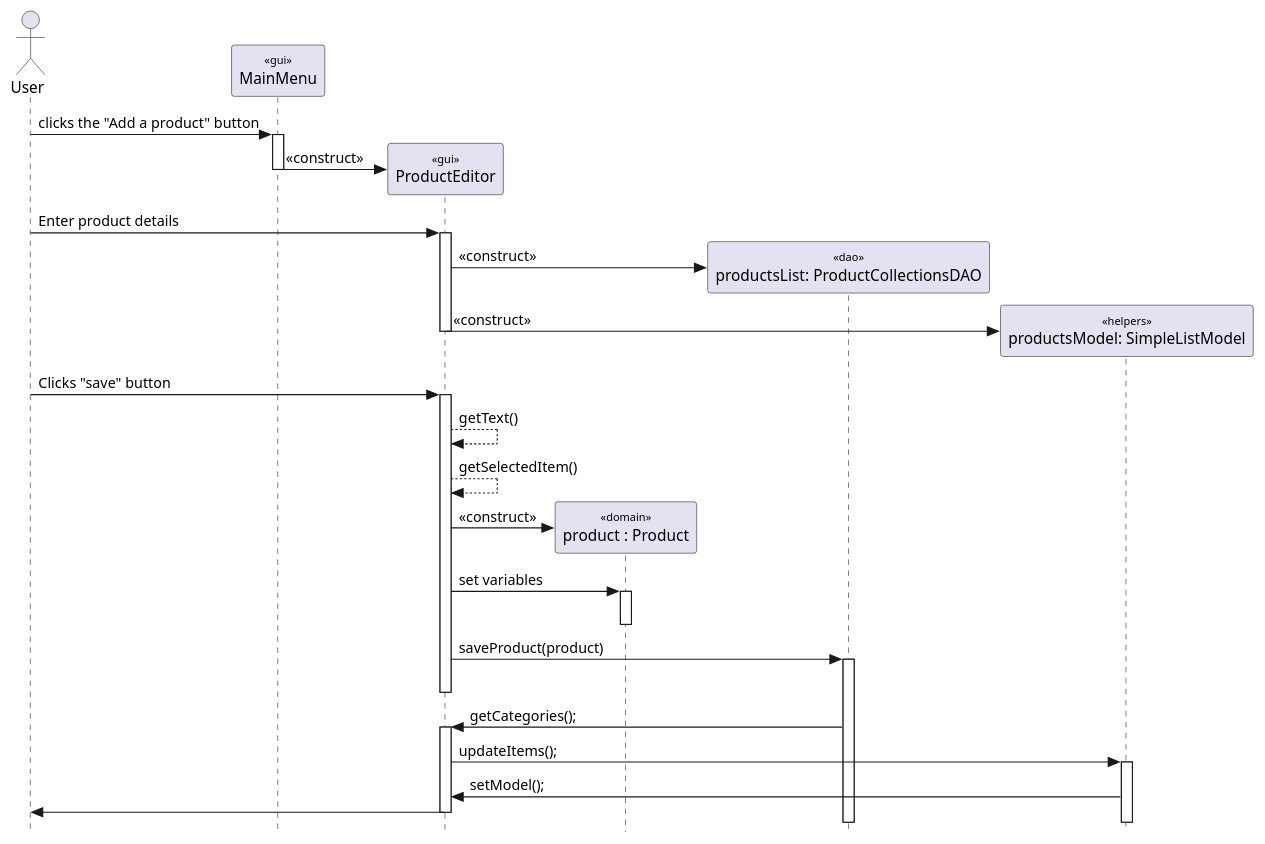
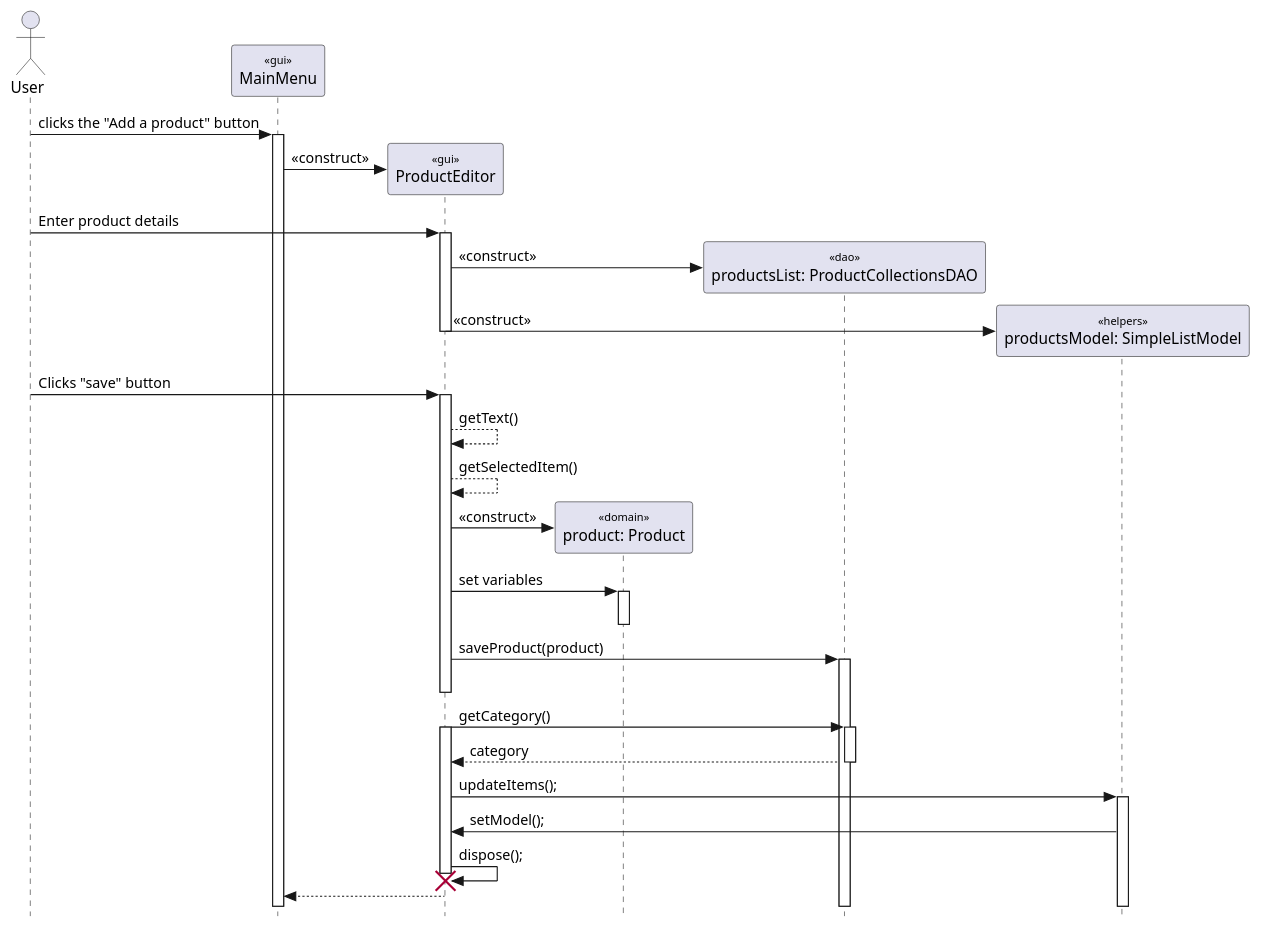
The diagram in info202_project/diagrams/AddProduct.puml (seuwand-tee/Shopping-System), drawn with PlantUML before and after one commit. The commit also changed 1 other file, not shown here.

Commit message:
UML for View Product done. Need to check References #12

```diff
--- a/info202_project/diagrams/AddProduct.puml
+++ b/info202_project/diagrams/AddProduct.puml
@@ -1,51 +1,54 @@
 @startuml
 skinparam {
   Style StrictUML
   SequenceStereotype {
     Font {
       Size 10
       Style plain
     }
   }
 }
 actor "User" as user
 participant "MainMenu" as menu <<gui>>
 participant "ProductEditor" as productEditor <<gui>>
-participant "product : Product" as product <<domain>>
+participant "product: Product" as product <<domain>>
 participant "productsList: ProductCollectionsDAO" as ProductCollectionsDAO <<dao>>
 participant "productsModel: SimpleListModel" as SimpleListModel <<helpers>>
 
 
 'create the product editor menu
 ' user clicks the view a product button
 user -> menu++ : clicks the "Add a product" button
 create productEditor
 menu -> productEditor : <<construct>>
-
-menu--
 
 user -> productEditor++ : Enter product details
 create ProductCollectionsDAO
 productEditor -> ProductCollectionsDAO : <<construct>>
 create SimpleListModel
 productEditor -> SimpleListModel : <<construct>>
 productEditor--
 
 user -> productEditor++ : Clicks "save" button
 productEditor --> productEditor: getText()
 productEditor --> productEditor: getSelectedItem()
 create product
 productEditor -> product: <<construct>>
 'user enter variables
 productEditor -> product++ :set variables 
 product--
 
 productEditor -> ProductCollectionsDAO++ : saveProduct(product)
 productEditor--
 
-ProductCollectionsDAO -> productEditor++ :getCategories();
-productEditor -> SimpleListModel++ :updateItems();
+productEditor -> ProductCollectionsDAO++ :getCategory()
+productEditor++
+ProductCollectionsDAO --> productEditor :category
+ProductCollectionsDAO--
+productEditor -> SimpleListModel++:updateItems();
 SimpleListModel -> productEditor :setModel();
-productEditor -> user
-productEditor--
+productEditor -> productEditor :dispose();
+destroy productEditor 
+productEditor --> menu
+
 @enduml
```
